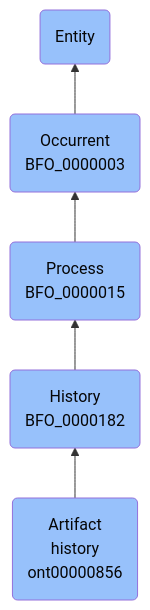
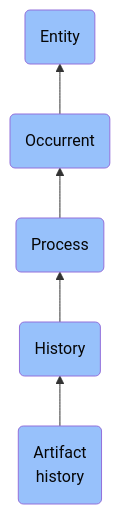
The diagram in docs/ontology/reference/model/Entity/Occurrent/Process/History/Artifact history/Artifact history.md (jupyter-naas/abi), drawn with Mermaid before and after one commit. The commit also changed other lines of this file and 1430 other files, not shown here.

````diff
--- a/docs/ontology/reference/model/Entity/Occurrent/Process/History/Artifact history/Artifact history.md
+++ b/docs/ontology/reference/model/Entity/Occurrent/Process/History/Artifact history/Artifact history.md
@@ -24,12 +24,12 @@
 ```mermaid
 graph BT
-    ont00000856(Artifact<br>history<br>ont00000856):::BFO-->BFO_0000182
-    BFO_0000182(History<br>BFO_0000182):::BFO-->BFO_0000015
-    BFO_0000015(Process<br>BFO_0000015):::BFO-->BFO_0000003
-    BFO_0000003(Occurrent<br>BFO_0000003):::BFO-->BFO_0000001
+    ont00000856(Artifact<br>history):::BFO-->BFO_0000182
+    BFO_0000182(History):::BFO-->BFO_0000015
+    BFO_0000015(Process):::BFO-->BFO_0000003
+    BFO_0000003(Occurrent):::BFO-->BFO_0000001
     BFO_0000001(Entity):::BFO
     
     classDef BFO fill:#97c1fb,color:#060606
     classDef CCO fill:#e4c51e,color:#060606
     classDef ABI fill:#48DD82,color:#060606
 ```
````
